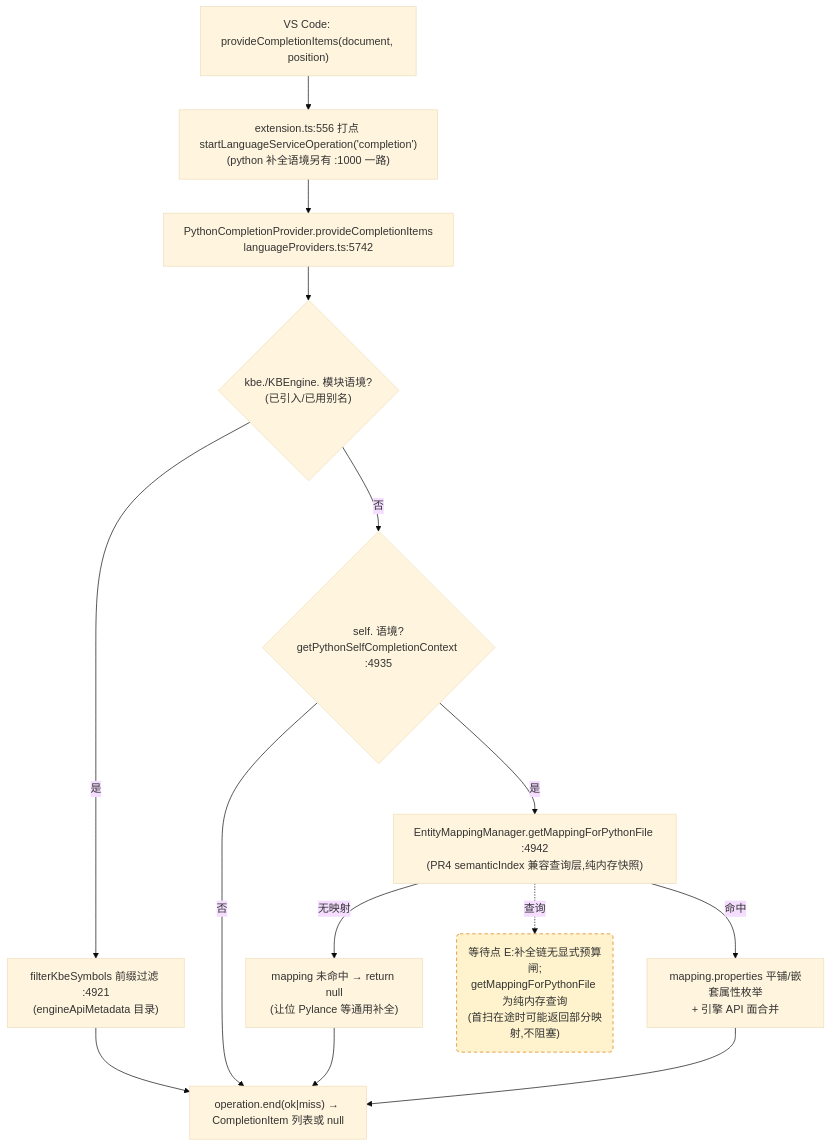
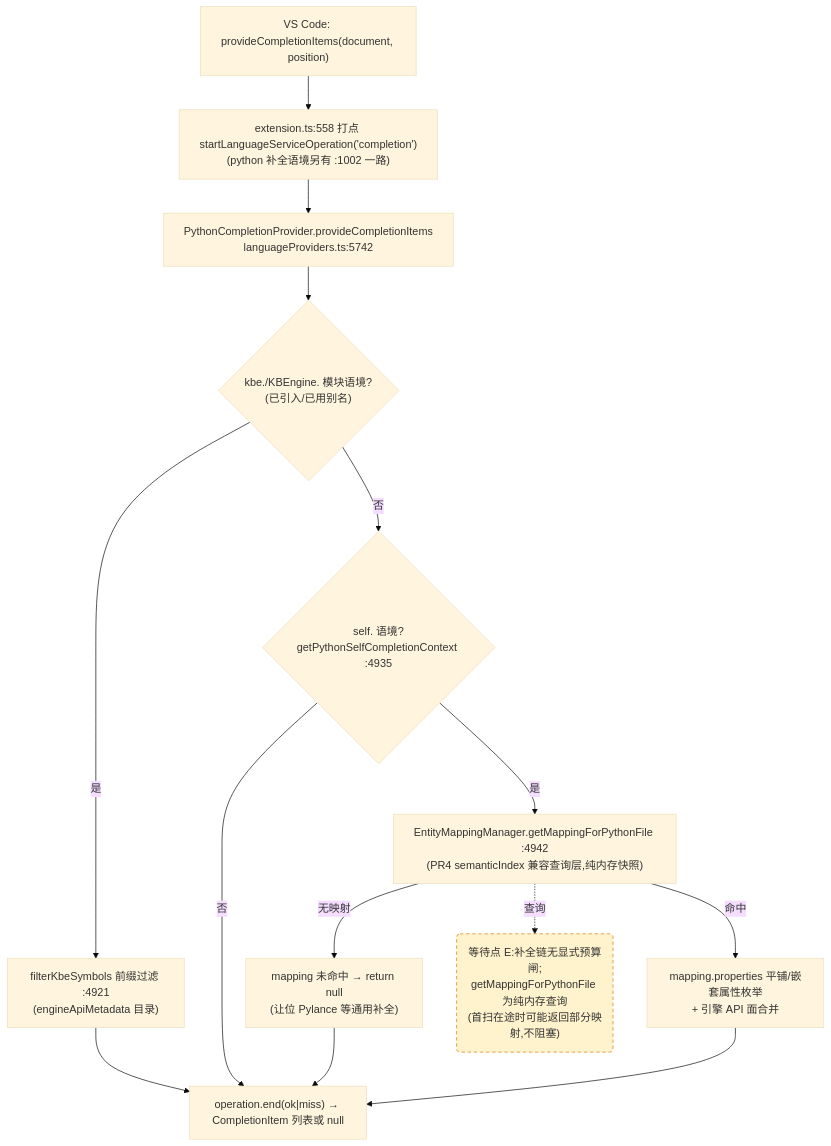
One commit to cuihairu/kode changed the third of 4 diagrams in docs/perf/2026-baseline.md. Above: the diagram before and after it, drawn with Mermaid (base theme). The commit also changed other lines of this file and 7 other files, not shown here.

````diff
--- a/docs/perf/2026-baseline.md
+++ b/docs/perf/2026-baseline.md
@@ -184,27 +184,27 @@
 ```mermaid
 flowchart TD
   VC3["VS Code: provideCompletionItems(document, position)"]
-  M3["extension.ts:556 打点 startLanguageServiceOperation('completion')<br/>(python 补全语境另有 :1000 一路)"]
+  M3["extension.ts:558 打点 startLanguageServiceOperation('completion')<br/>(python 补全语境另有 :1002 一路)"]
   CP["PythonCompletionProvider.provideCompletionItems<br/>languageProviders.ts:5742"]
   KBEC{"kbe./KBEngine. 模块语境?<br/>(已引入/已用别名)"}
   FILTER["filterKbeSymbols 前缀过滤 :4921<br/>(engineApiMetadata 目录)"]
   SELFC{"self. 语境?<br/>getPythonSelfCompletionContext :4935"}
   MAP["EntityMappingManager.getMappingForPythonFile :4942<br/>(PR4 semanticIndex 兼容查询层,纯内存快照)"]
   NOMAP["mapping 未命中 → return null<br/>(让位 Pylance 等通用补全)"]
   PROPS["mapping.properties 平铺/嵌套属性枚举<br/>+ 引擎 API 面合并"]
   END3["operation.end(ok|miss) → CompletionItem 列表或 null"]
 
   VC3 --> M3 --> CP --> KBEC
   KBEC -- "是" --> FILTER --> END3
   KBEC -- "否" --> SELFC
   SELFC -- "否" --> END3
   SELFC -- "是" --> MAP
   MAP -- "无映射" --> NOMAP --> END3
   MAP -- "命中" --> PROPS --> END3
 
   WAITE("等待点 E:补全链无显式预算闸;<br/>getMappingForPythonFile 为纯内存查询<br/>(首扫在途时可能返回部分映射,不阻塞)")
   MAP -.->|查询| WAITE
 
   classDef waitPoint fill:#fff3cd,stroke:#d97706,stroke-dasharray:5 4;
   class WAITE waitPoint;
 ```
````
